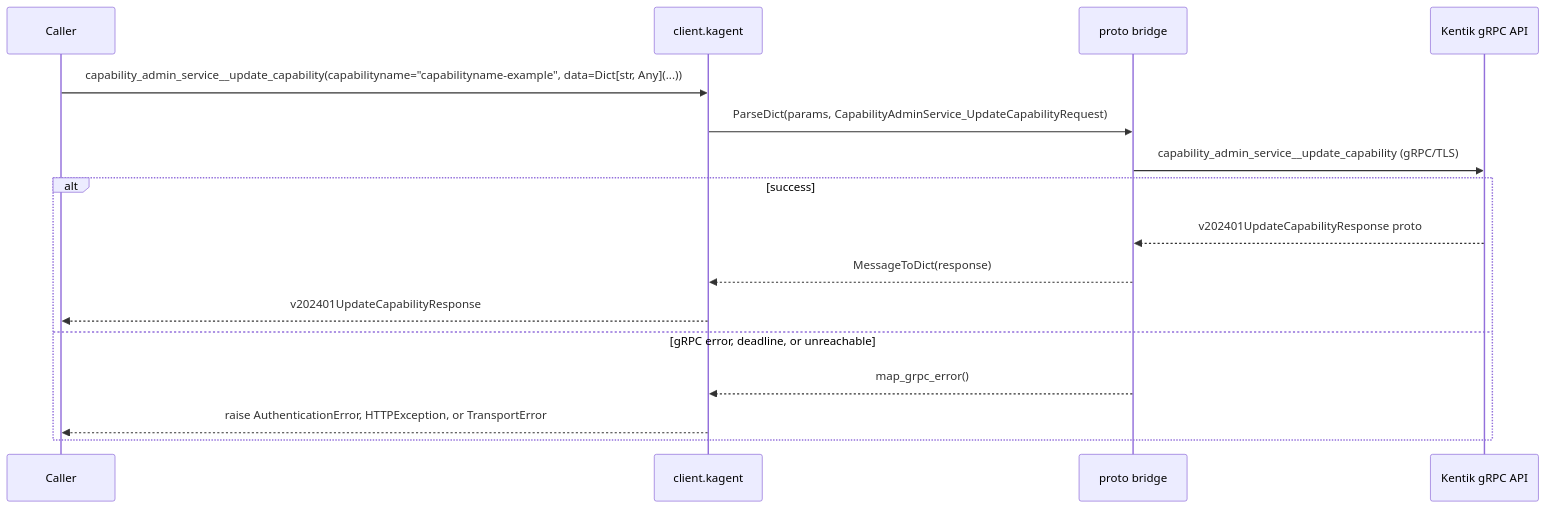
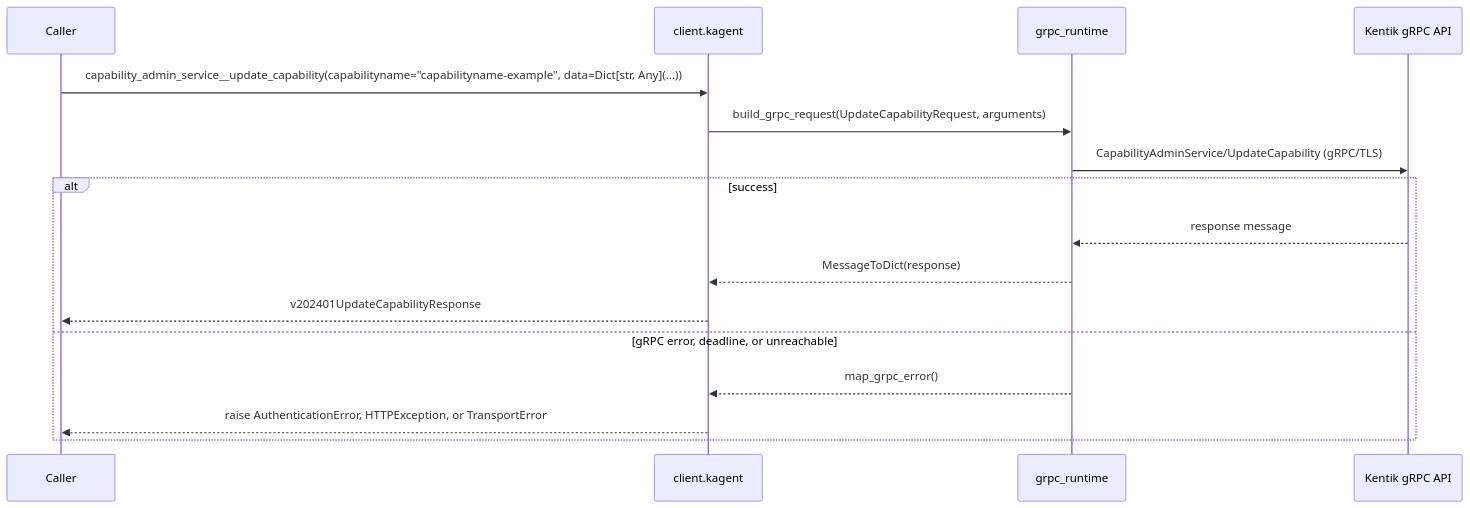
One commit to alexdearaujo/community_sdk_python changed diagram 31 of 58 in docs/sphinx/services/kagent.md. Above: the diagram before and after it, drawn with Mermaid. The commit also changed other lines of this file and 37 other files, not shown here.

First line of the commit message:
docs: show the real RPC in each service page's gRPC diagram

````diff
--- a/docs/sphinx/services/kagent.md
+++ b/docs/sphinx/services/kagent.md
@@ -1124,19 +1124,19 @@
 ```mermaid
 sequenceDiagram
     participant C as Caller
     participant W as client.kagent
-    participant B as proto bridge
+    participant R as grpc_runtime
     participant API as Kentik gRPC API
 
     C->>W: capability_admin_service__update_capability(capabilityname="capabilityname-example", data=Dict[str, Any](...))
-    W->>B: ParseDict(params, CapabilityAdminService_UpdateCapabilityRequest)
-    B->>API: capability_admin_service__update_capability (gRPC/TLS)
+    W->>R: build_grpc_request(UpdateCapabilityRequest, arguments)
+    R->>API: CapabilityAdminService/UpdateCapability (gRPC/TLS)
     alt success
-        API-->>B: v202401UpdateCapabilityResponse proto
-        B-->>W: MessageToDict(response)
+        API-->>R: response message
+        R-->>W: MessageToDict(response)
         W-->>C: v202401UpdateCapabilityResponse
     else gRPC error, deadline, or unreachable
-        B-->>W: map_grpc_error()
+        R-->>W: map_grpc_error()
         W-->>C: raise AuthenticationError, HTTPException, or TransportError
     end
 ```
````
